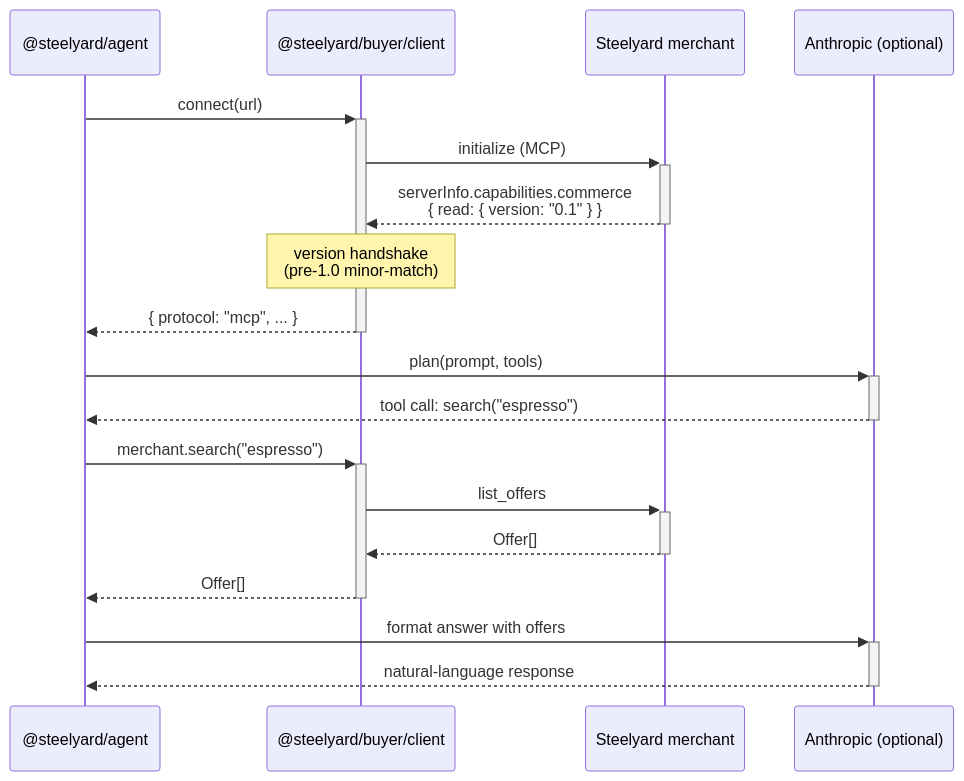
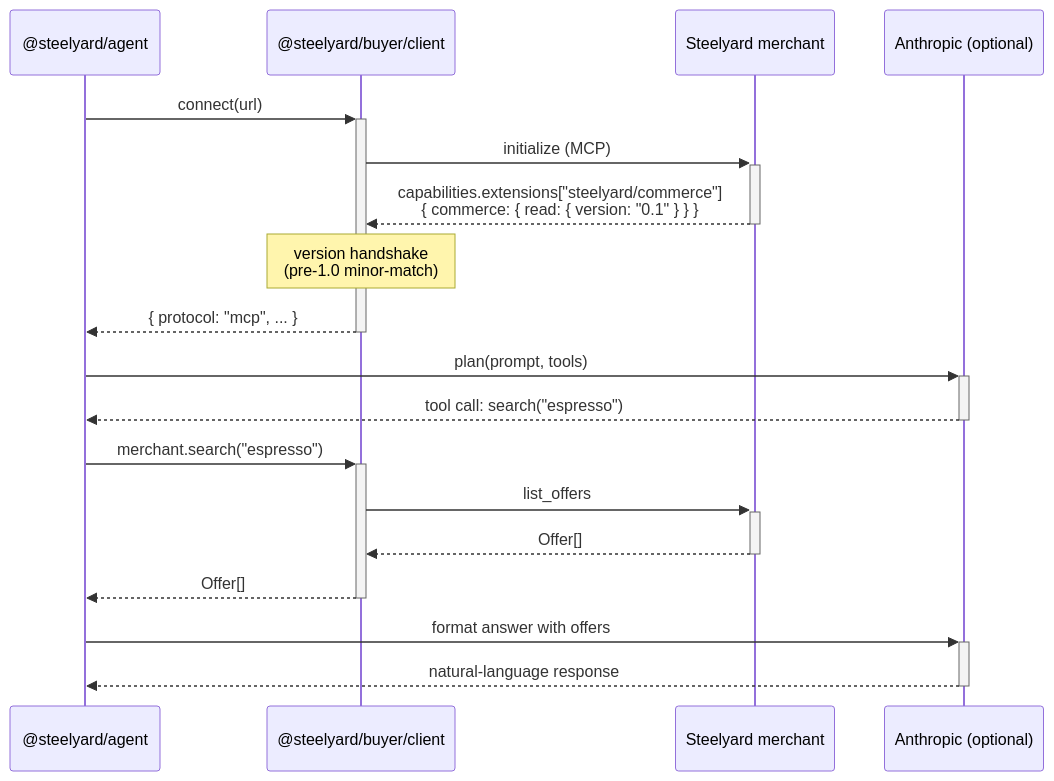
The second of 2 diagrams in docs/architecture.md (steelyard-dev/steelyard-sdk), drawn with Mermaid before and after one commit. The commit also changed 29 other files, not shown here.

````diff
--- a/docs/architecture.md
+++ b/docs/architecture.md
@@ -47,24 +47,24 @@
 ```mermaid
 sequenceDiagram
   participant Agent as @steelyard/agent
   participant Client as @steelyard/buyer/client
   participant Merchant as Steelyard merchant
   participant LLM as Anthropic (optional)
 
   Agent->>+Client: connect(url)
   Client->>+Merchant: initialize (MCP)
-  Merchant-->>-Client: serverInfo.capabilities.commerce<br/>{ read: { version: "0.1" } }
+  Merchant-->>-Client: capabilities.extensions["steelyard/commerce"]<br/>{ commerce: { read: { version: "0.1" } } }
   Note over Client: version handshake<br/>(pre-1.0 minor-match)
   Client-->>-Agent: { protocol: "mcp", ... }
 
   Agent->>+LLM: plan(prompt, tools)
   LLM-->>-Agent: tool call: search("espresso")
 
   Agent->>+Client: merchant.search("espresso")
   Client->>+Merchant: list_offers
   Merchant-->>-Client: Offer[]
   Client-->>-Agent: Offer[]
 
   Agent->>+LLM: format answer with offers
   LLM-->>-Agent: natural-language response
 ```
````
